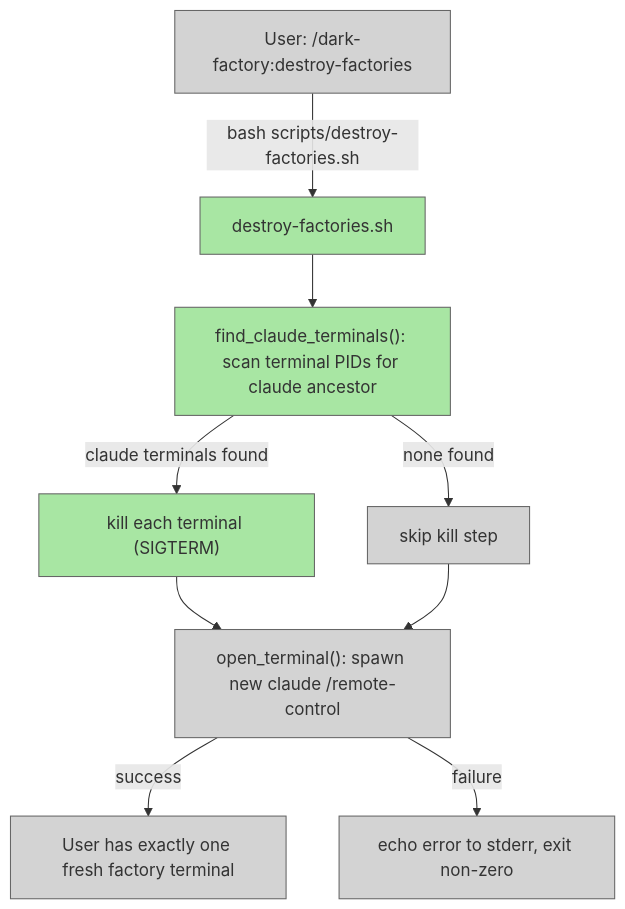
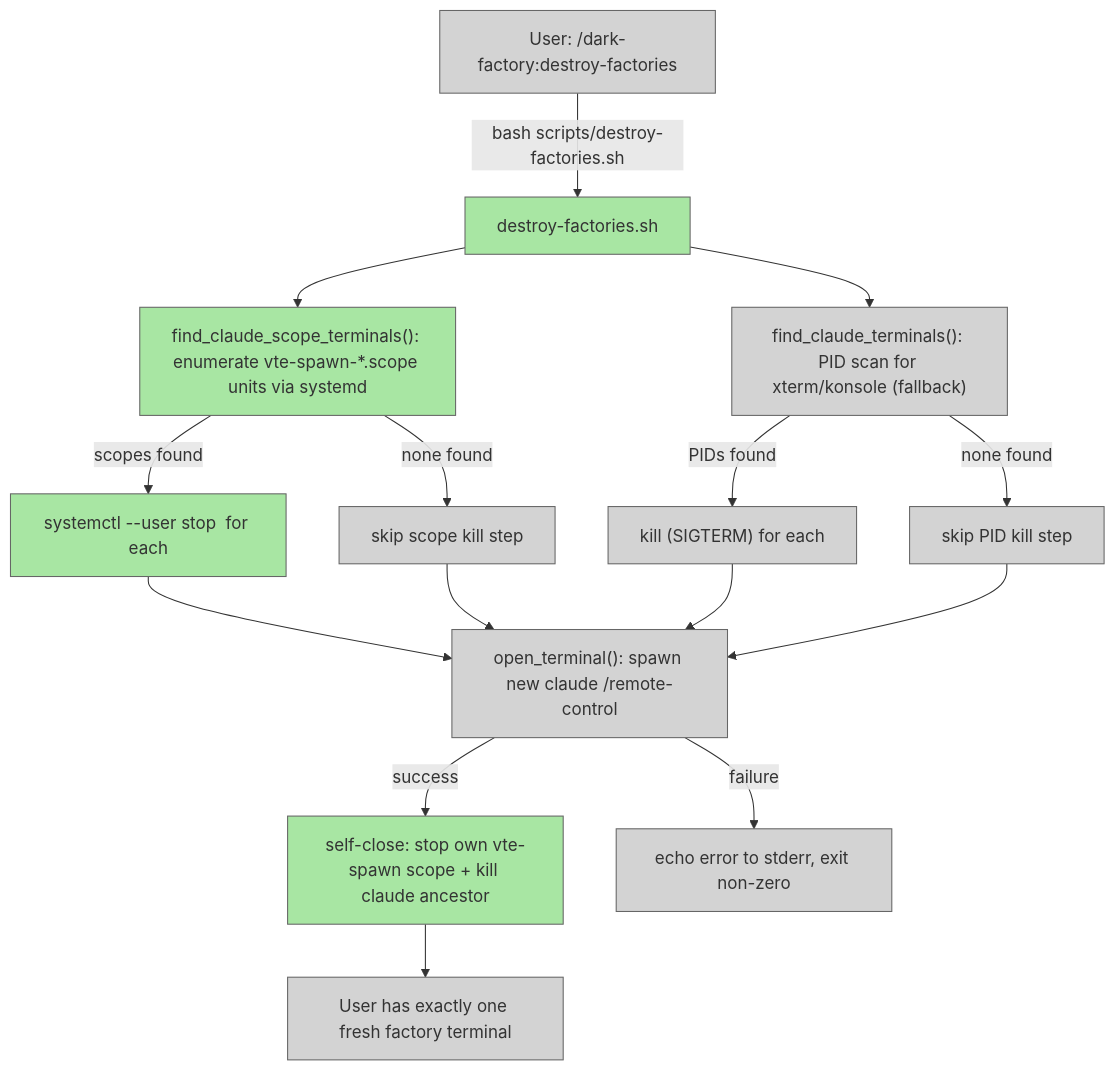
One commit to lewibs/dark-factory changed the diagram in docs/docs/destroy-factories.md. Above: the diagram before and after it, drawn with Mermaid. The commit also changed other lines of this file and 3 other files, not shown here.

First line of the commit message:
fix(destroy-factories): replace daemon-PID check with vte-spawn scope targeting

````diff
--- a/docs/docs/destroy-factories.md
+++ b/docs/docs/destroy-factories.md
@@ -18,14 +18,20 @@
 ```mermaid
 graph TD
-  User["User: /dark-factory:destroy-factories"]:::unchanged -->|"bash scripts/destroy-factories.sh"| Script["destroy-factories.sh"]:::created
-  Script --> FindClaude["find_claude_terminals(): scan terminal PIDs for claude ancestor"]:::created
-  FindClaude -->|"claude terminals found"| KillAll["kill each terminal (SIGTERM)"]:::created
-  FindClaude -->|"none found"| SpawnOnly["skip kill step"]:::unchanged
-  KillAll --> SpawnFresh["open_terminal(): spawn new claude /remote-control"]:::unchanged
-  SpawnOnly --> SpawnFresh
-  SpawnFresh -->|"success"| Done["User has exactly one fresh factory terminal"]:::unchanged
+  User["User: /dark-factory:destroy-factories"]:::unchanged -->|"bash scripts/destroy-factories.sh"| Script["destroy-factories.sh"]:::modified
+  Script --> FindScopes["find_claude_scope_terminals(): enumerate vte-spawn-*.scope units via systemd"]:::modified
+  Script --> FindPID["find_claude_terminals(): PID scan for xterm/konsole (fallback)"]:::unchanged
+  FindScopes -->|"scopes found"| StopScopes["systemctl --user stop <scope> for each"]:::modified
+  FindScopes -->|"none found"| SkipScopes["skip scope kill step"]:::unchanged
+  FindPID -->|"PIDs found"| KillPIDs["kill <pid> (SIGTERM) for each"]:::unchanged
+  FindPID -->|"none found"| SkipPIDs["skip PID kill step"]:::unchanged
+  StopScopes --> SpawnFresh["open_terminal(): spawn new claude /remote-control"]:::unchanged
+  SkipScopes --> SpawnFresh
+  KillPIDs --> SpawnFresh
+  SkipPIDs --> SpawnFresh
+  SpawnFresh -->|"success"| SelfClose["self-close: stop own vte-spawn scope + kill claude ancestor"]:::modified
   SpawnFresh -->|"failure"| Error["echo error to stderr, exit non-zero"]:::unchanged
+  SelfClose --> Done["User has exactly one fresh factory terminal"]:::unchanged
 
 classDef unchanged fill:#d3d3d3,stroke:#666,stroke-width:1px;
-classDef created fill:#a8e6a3,stroke:#666,stroke-width:1px;
+classDef modified fill:#a8e6a3,stroke:#666,stroke-width:1px;
 ```
````
